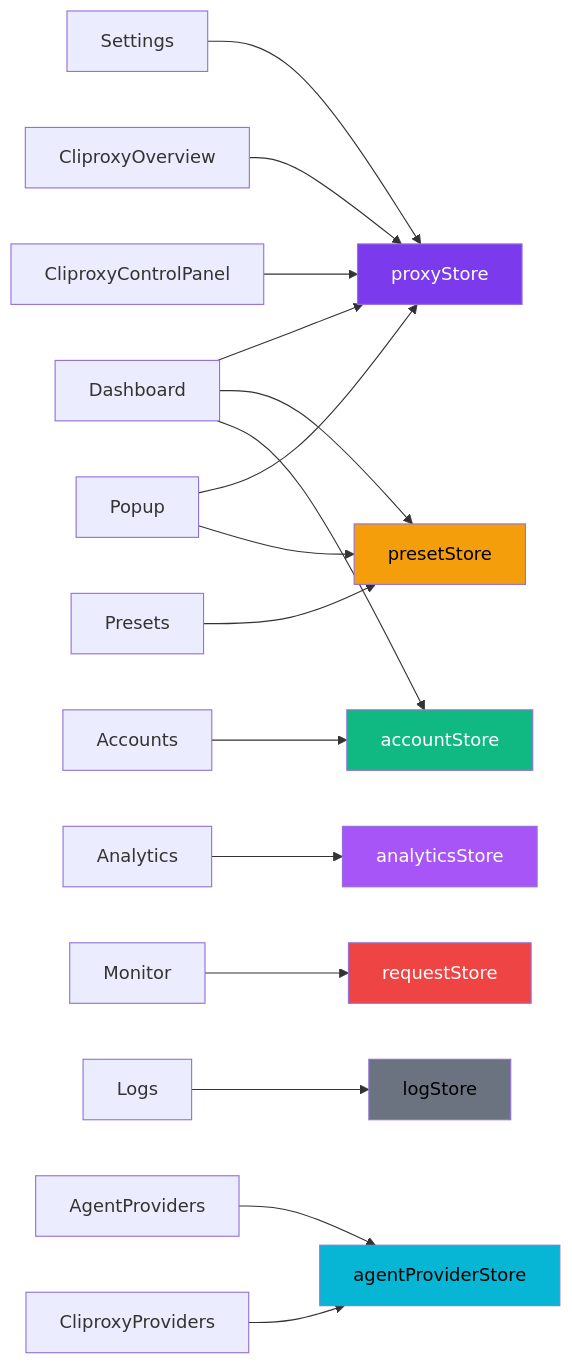
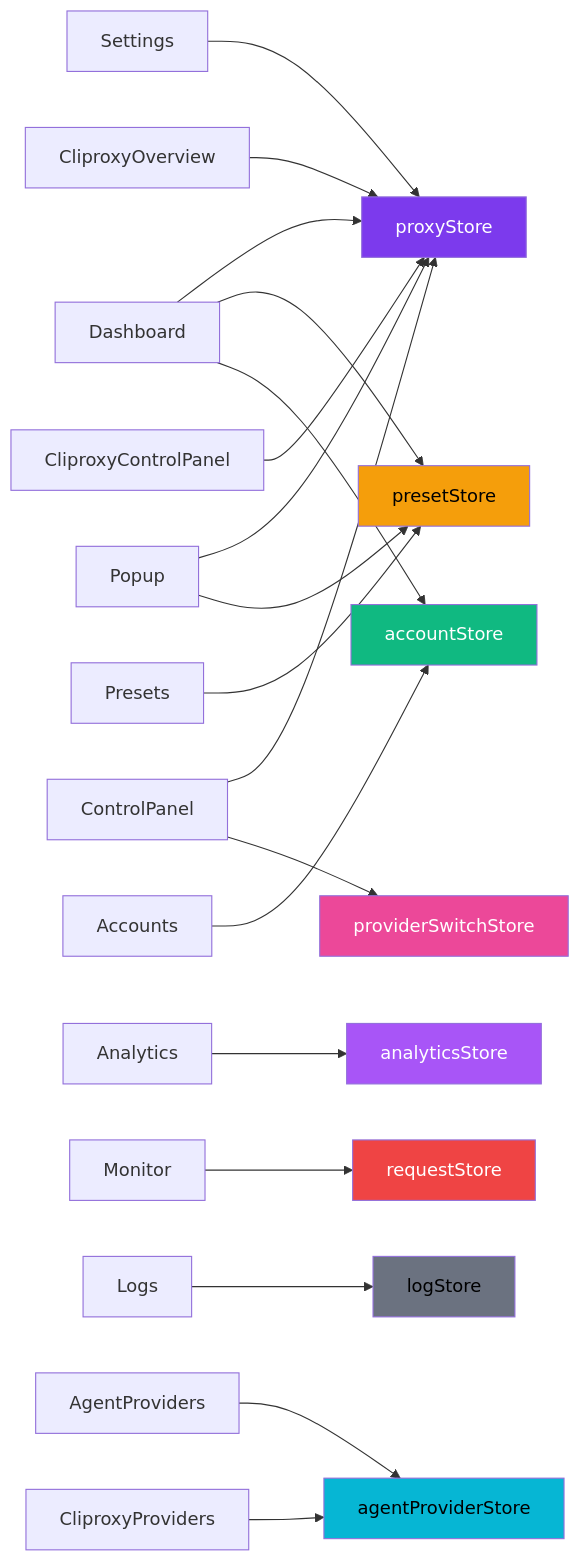
Before and after one commit to HieuAnh87/aether: the second of 4 diagrams in ARCHITECTURE.md, drawn with Mermaid. The commit also changed other lines of this file, not shown here.

First line of the commit message:
docs: update ARCHITECTURE.md to reflect recent codebase changes

````diff
--- a/ARCHITECTURE.md
+++ b/ARCHITECTURE.md
@@ -452,23 +633,29 @@
 ```mermaid
 graph LR
-    Dashboard --> proxyStore & presetStore & accountStore
+    Dashboard --> proxyStore
+    Dashboard --> presetStore
+    Dashboard --> accountStore
     Presets --> presetStore
     Analytics --> analyticsStore
     Monitor --> requestStore
     Logs --> logStore
     AgentProviders --> agentProviderStore
     Accounts --> accountStore
     Settings --> proxyStore
-    Popup --> proxyStore & presetStore
+    ControlPanel --> proxyStore
+    ControlPanel --> providerSwitchStore
+    Popup --> proxyStore
+    Popup --> presetStore
     CliproxyOverview --> proxyStore
     CliproxyProviders --> agentProviderStore
     CliproxyControlPanel --> proxyStore
 
     style proxyStore fill:#7c3aed,color:#fff
     style presetStore fill:#f59e0b,color:#000
     style accountStore fill:#10b981,color:#fff
     style requestStore fill:#ef4444,color:#fff
     style agentProviderStore fill:#06b6d4,color:#000
     style analyticsStore fill:#a855f7,color:#fff
     style logStore fill:#6b7280,color:#000
+    style providerSwitchStore fill:#ec4899,color:#fff
 ```
````
